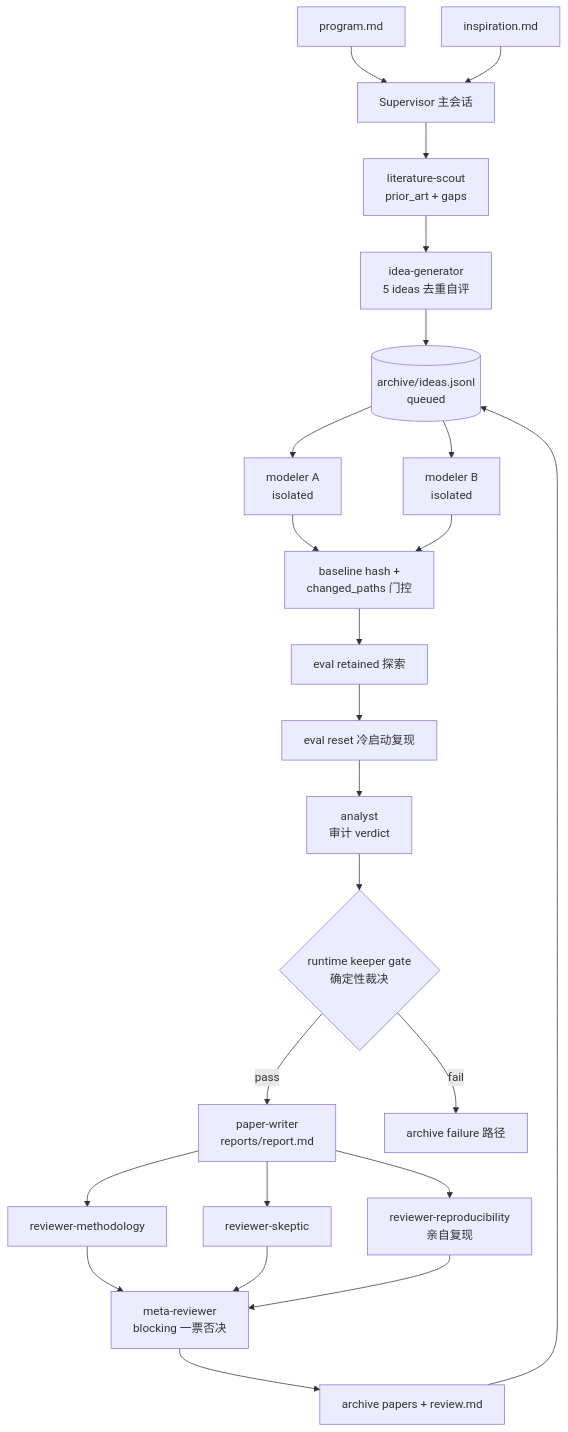
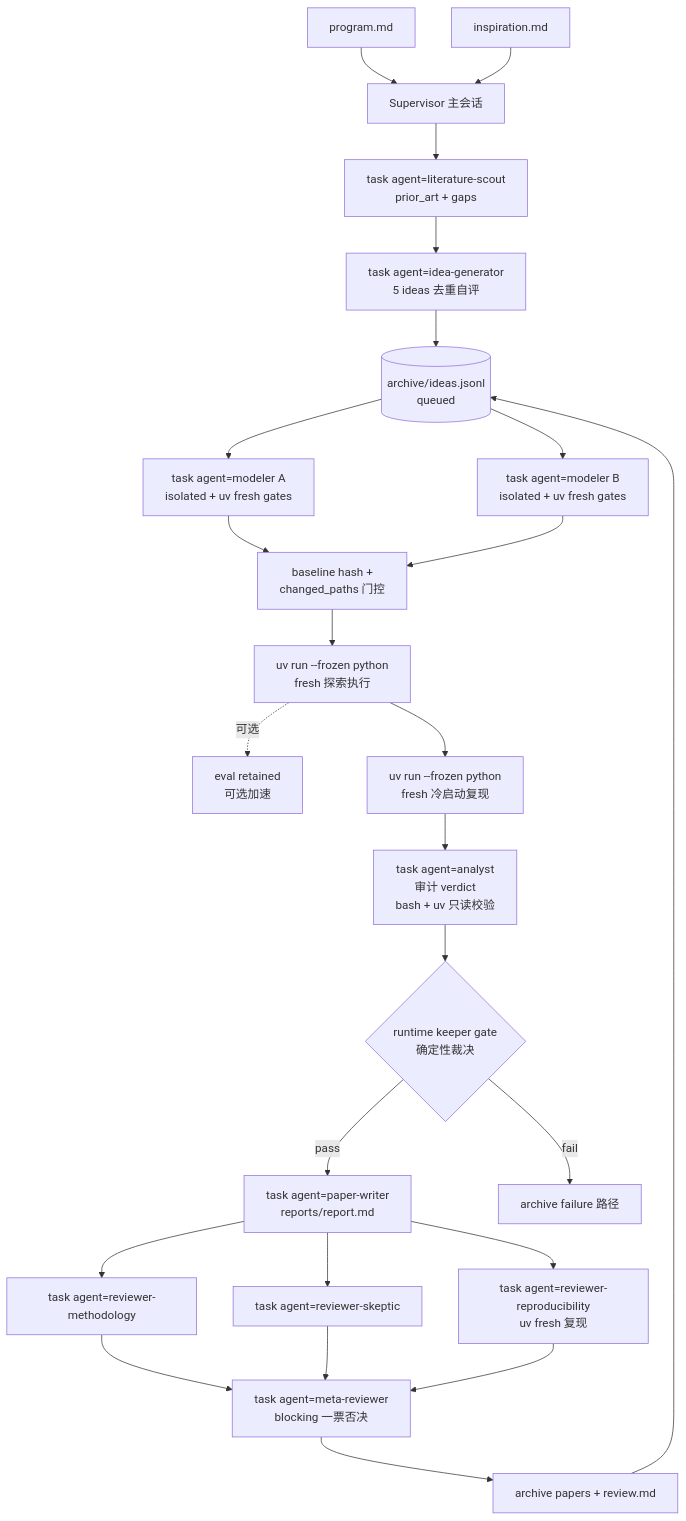
One commit to dbydd/research-flywheel changed the second of 3 diagrams in template/02-harness-wiring.md. Above: the diagram before and after it, drawn with Mermaid. The commit also changed other lines of this file and 19 other files, not shown here.

````diff
--- a/template/02-harness-wiring.md
+++ b/template/02-harness-wiring.md
@@ -66,26 +67,27 @@
 ```mermaid
 flowchart TD
   P[program.md] --> SUP[Supervisor 主会话]
   I[inspiration.md] --> SUP
-  SUP --> LS[literature-scout<br/>prior_art + gaps]
-  LS --> IG[idea-generator<br/>5 ideas 去重自评]
+  SUP --> LS[task agent=literature-scout<br/>prior_art + gaps]
+  LS --> IG[task agent=idea-generator<br/>5 ideas 去重自评]
   IG --> POOL[(archive/ideas.jsonl<br/>queued)]
-  POOL --> M1[modeler A<br/>isolated]
-  POOL --> M2[modeler B<br/>isolated]
+  POOL --> M1[task agent=modeler A<br/>isolated + uv fresh gates]
+  POOL --> M2[task agent=modeler B<br/>isolated + uv fresh gates]
   M1 --> GATE[baseline hash +<br/>changed_paths 门控]
   M2 --> GATE
-  GATE --> EVAL[eval retained 探索]
-  EVAL --> REPRO[eval reset 冷启动复现]
-  REPRO --> AN[analyst<br/>审计 verdict]
+  GATE --> EVAL[uv run --frozen python<br/>fresh 探索执行]
+  EVAL -.可选.-> EVALOPT[eval retained<br/>可选加速]
+  EVAL --> REPRO[uv run --frozen python<br/>fresh 冷启动复现]
+  REPRO --> AN[task agent=analyst<br/>审计 verdict<br/>bash + uv 只读校验]
   AN --> KEEP{runtime keeper gate<br/>确定性裁决}
-  KEEP -->|pass| PW[paper-writer<br/>reports/report.md]
+  KEEP -->|pass| PW[task agent=paper-writer<br/>reports/report.md]
   KEEP -->|fail| ARCHF[archive failure 路径]
-  PW --> RV1[reviewer-methodology]
-  PW --> RV2[reviewer-skeptic]
-  PW --> RV3[reviewer-reproducibility<br/>亲自复现]
-  RV1 --> MR[meta-reviewer<br/>blocking 一票否决]
+  PW --> RV1[task agent=reviewer-methodology]
+  PW --> RV2[task agent=reviewer-skeptic]
+  PW --> RV3[task agent=reviewer-reproducibility<br/>uv fresh 复现]
+  RV1 --> MR[task agent=meta-reviewer<br/>blocking 一票否决]
   RV2 --> MR
   RV3 --> MR
   MR --> ARCH[archive papers + review.md]
   ARCH --> POOL
 ```
````
